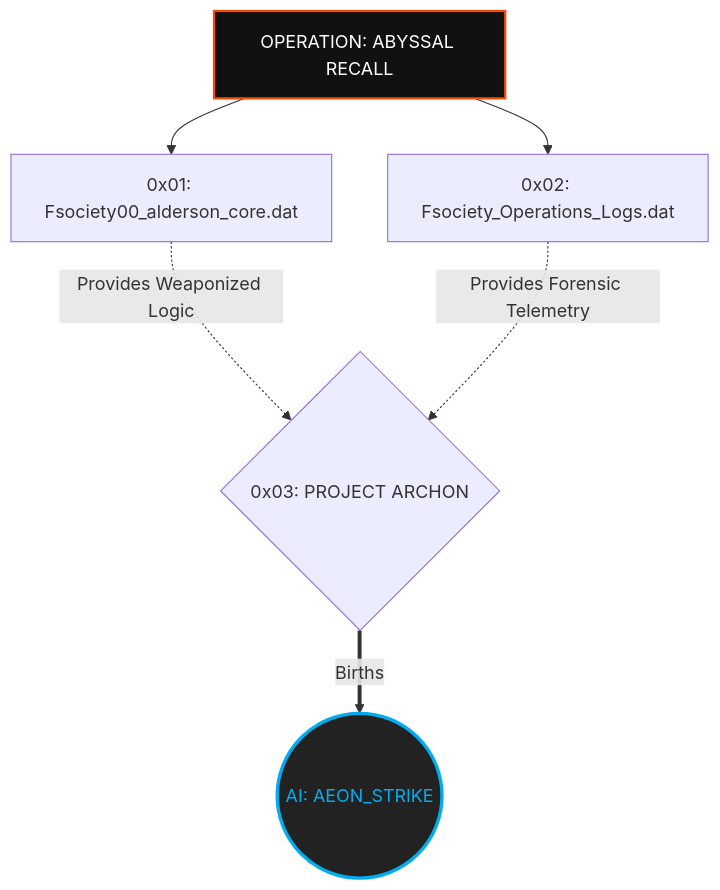
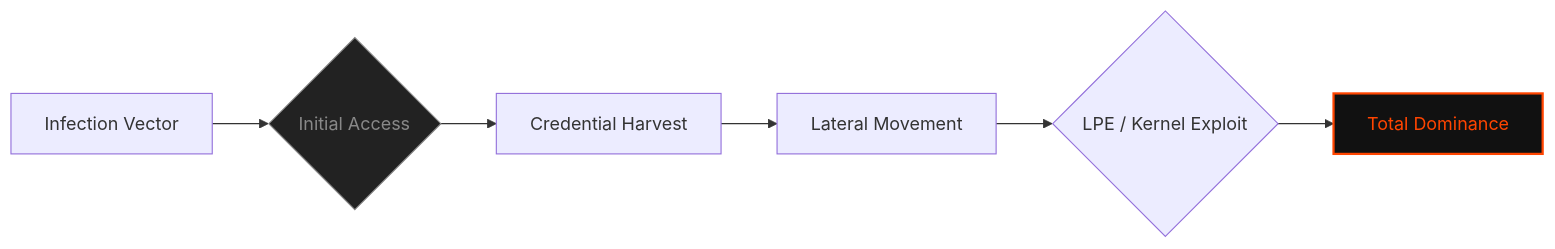
Before and after one commit to fsoc-ghost-0x/fsoc-ghost-0x: the diagram in README.md, drawn with Mermaid. The commit also changed other lines of this file, not shown here.

Commit message:
Update README with new project details and visuals

````diff
--- a/README.md
+++ b/README.md
@@ -115,11 +188,11 @@
 ```mermaid
-graph TD;
-    OP["OPERATION: ABYSSAL RECALL"] --> A["0x01: Fsociety00_alderson_core.dat"];
-    OP --> B["0x02: Fsociety_Operations_Logs.dat"];
-    A -.->|Provides Weaponized Logic| C{"0x03: PROJECT ARCHON"};
-    B -.->|Provides Forensic Telemetry| C;
-    C ==>|Births| D(("AI: AEON_STRIKE"));
+graph LR;
+    A["Infection Vector"] --> B{"Initial Access"};
+    B --> C["Credential Harvest"];
+    C --> D["Lateral Movement"];
+    D --> E{"LPE / Kernel Exploit"};
+    E --> F["Total Dominance"];
 
-    style OP fill:#111,stroke:#ff4500,stroke-width:2px,color:#fff
-    style D fill:#222,stroke:#00adef,stroke-width:3px,color:#00adef
+    style F fill:#111,stroke:#ff4500,stroke-width:2px,color:#ff4500
+    style B fill:#222,stroke:#888,color:#888
 ```
````
